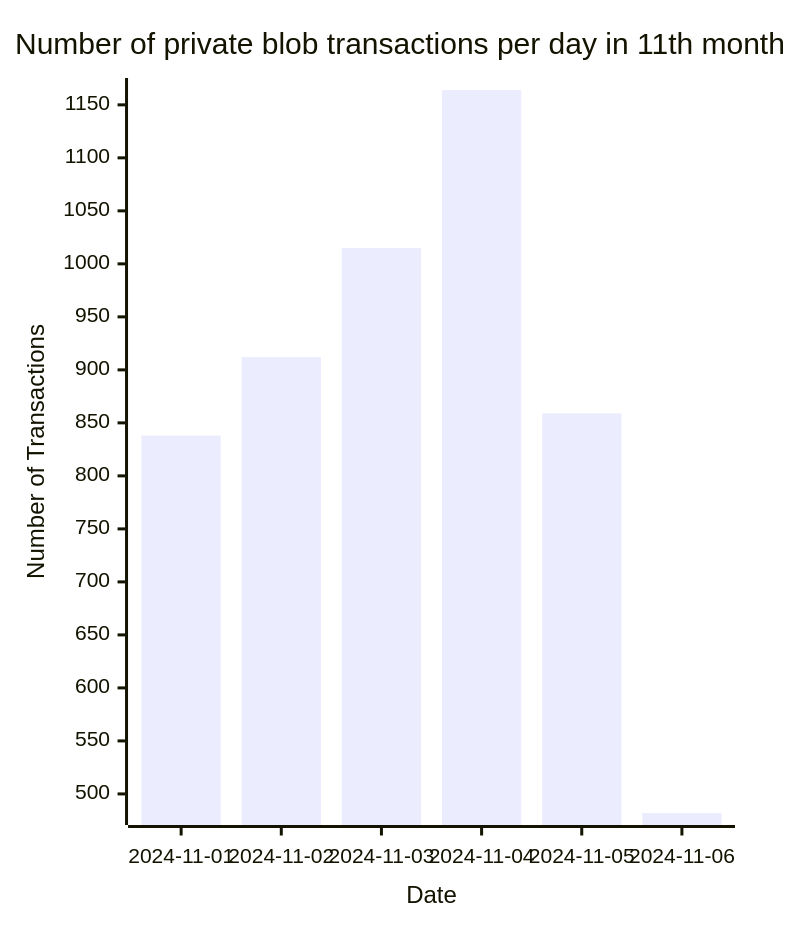
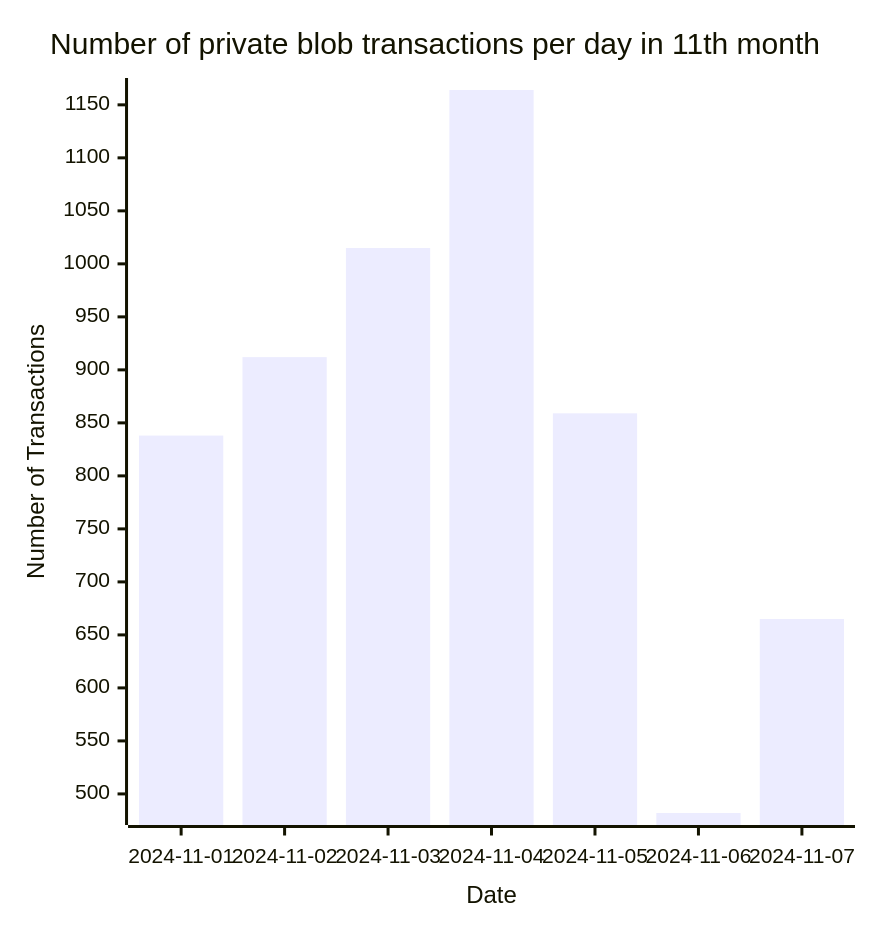
The ninth of 9 diagrams in README.md (Amit0617/eip4844-data), drawn with Mermaid before and after one commit. The commit also changed 1 other file, not shown here.

````diff
--- a/README.md
+++ b/README.md
@@ -105,12 +105,12 @@
 ```mermaid
 ---
 config:
     xyChart:
-        width: 480
+        width: 560
         height: 600
 ---
 xychart-beta title "Number of private blob transactions per day in 11th month"
-x-axis "Date" [2024-11-01,2024-11-02,2024-11-03,2024-11-04,2024-11-05,2024-11-06]
+x-axis "Date" [2024-11-01,2024-11-02,2024-11-03,2024-11-04,2024-11-05,2024-11-06,2024-11-07]
 y-axis "Number of Transactions"
-bar[838,912,1015,1164,859,482]
+bar[838,912,1015,1164,859,482,665]
 ```
````
